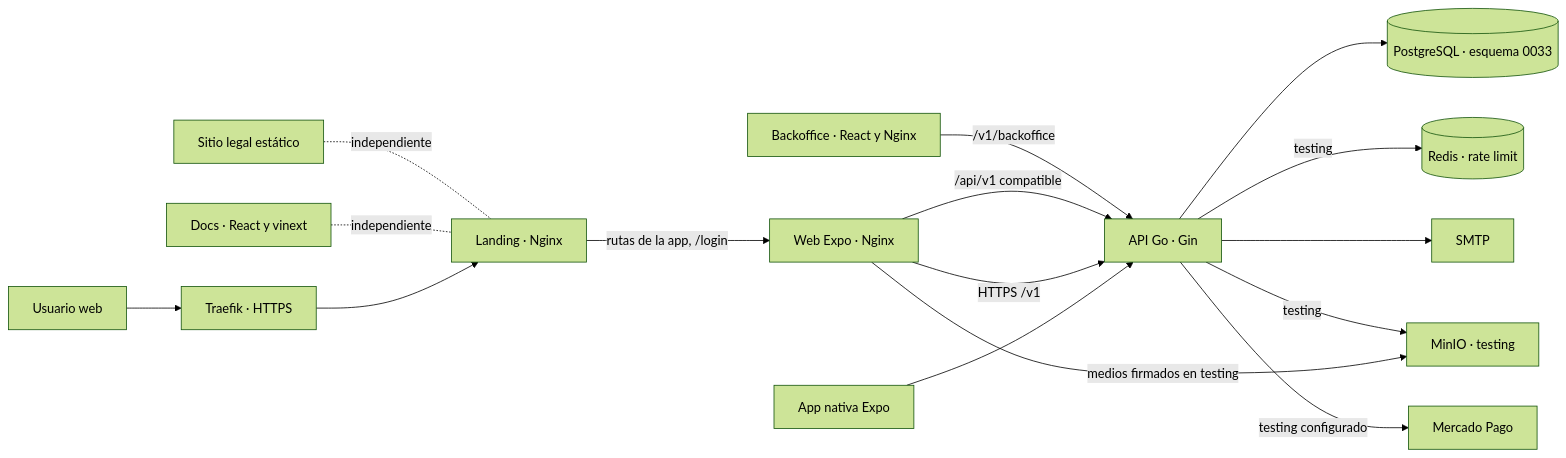
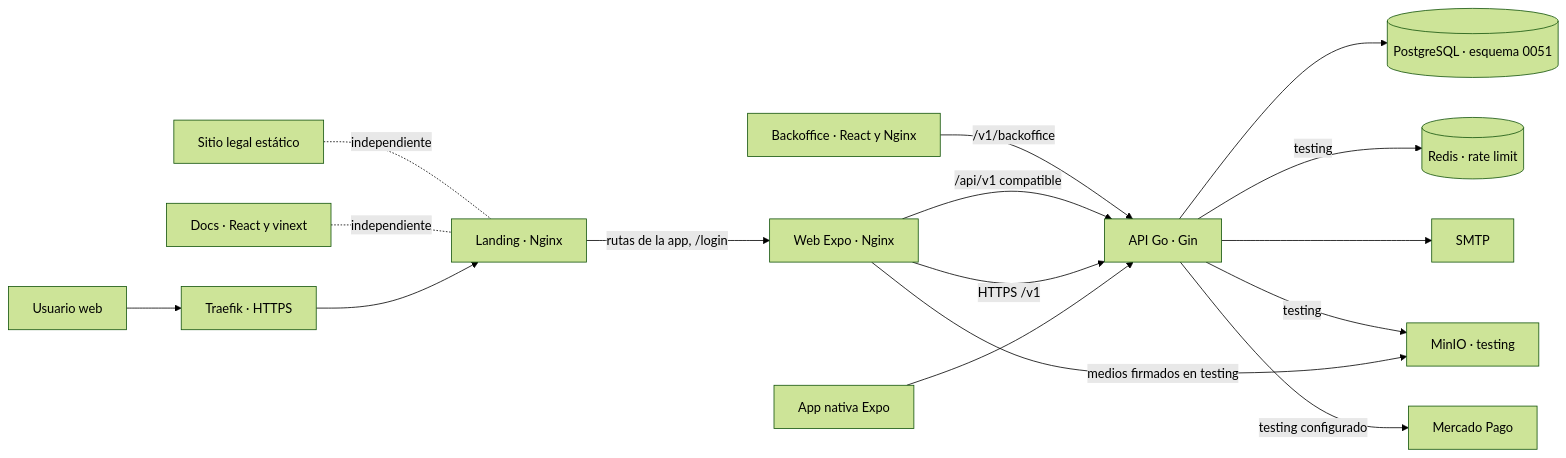
The diagram in docs/architecture/02-containers.md (gagonzalez1/puntazo-docs), drawn with Mermaid (forest theme) before and after one commit. The commit also changed other lines of this file and 9 other files, not shown here.

Commit message:
docs: record schema 0051 and patched Go and Nginx runtimes

````diff
--- a/docs/architecture/02-containers.md
+++ b/docs/architecture/02-containers.md
@@ -19,22 +21,22 @@
 ```mermaid
 flowchart LR
  U[Usuario web] --> T[Traefik · HTTPS]
  T --> L[Landing · Nginx]
  L -->|rutas de la app, /login| W[Web Expo · Nginx]
  N[App nativa Expo] --> API[API Go · Gin]
  W -->|HTTPS /v1| API
  W -->|/api/v1 compatible| API
  W -->|medios firmados en testing| S[MinIO · testing]
  B[Backoffice · React y Nginx] -->|/v1/backoffice| API
- API --> DB[(PostgreSQL · esquema 0033)]
+ API --> DB[(PostgreSQL · esquema 0051)]
  API -->|testing| R[(Redis · rate limit)]
  API -->|testing| S
  API --> E[SMTP]
  API -->|testing configurado| MP[Mercado Pago]
  D[Docs · React y vinext] -. independiente .- L
  LEG[Sitio legal estático] -. independiente .- L
  click API href "#/backend-components" "Ver backend"
  click W href "#/frontend-components" "Ver frontend"
  click DB href "#/data-current" "Ver datos"
  click B href "#/backoffice-architecture" "Ver Backoffice"
 ```
````
